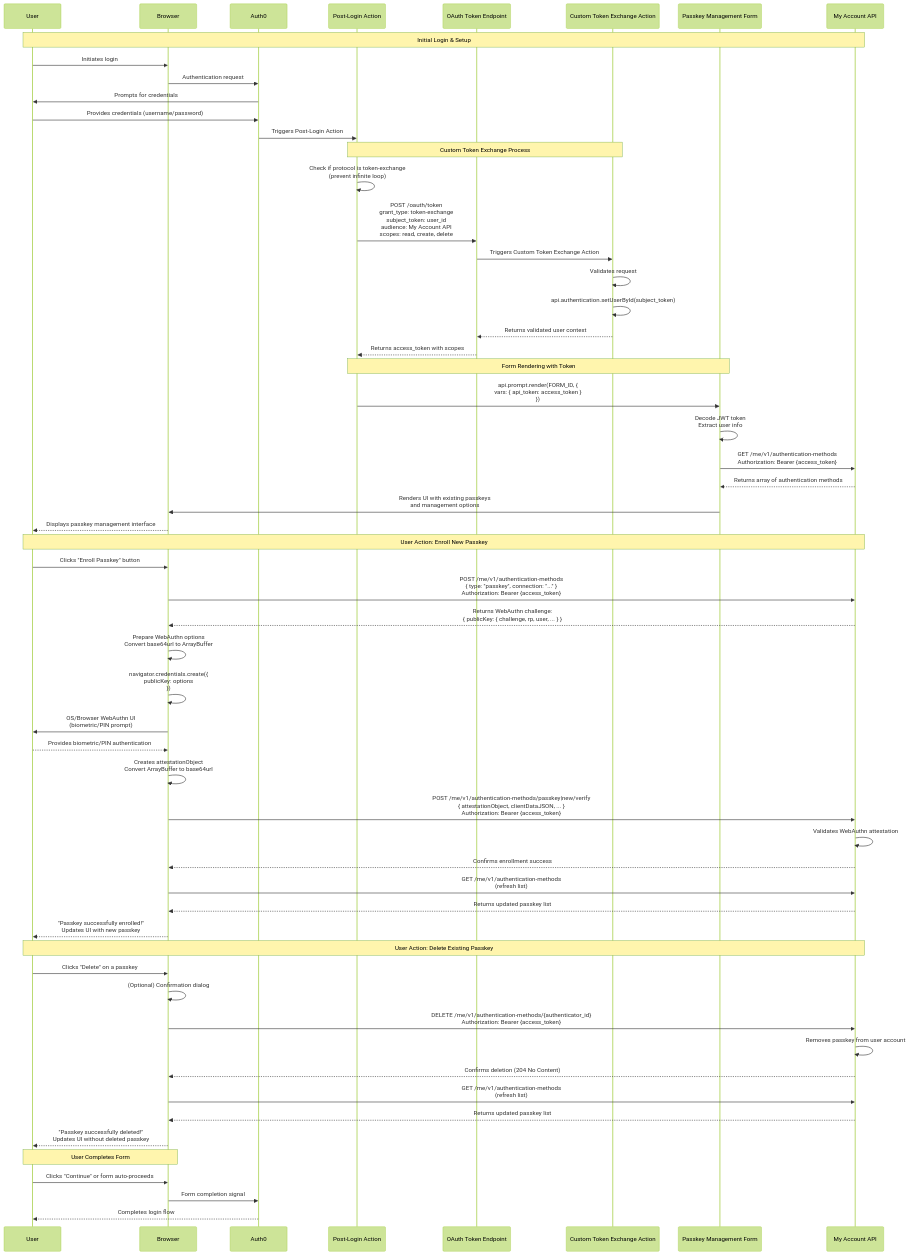
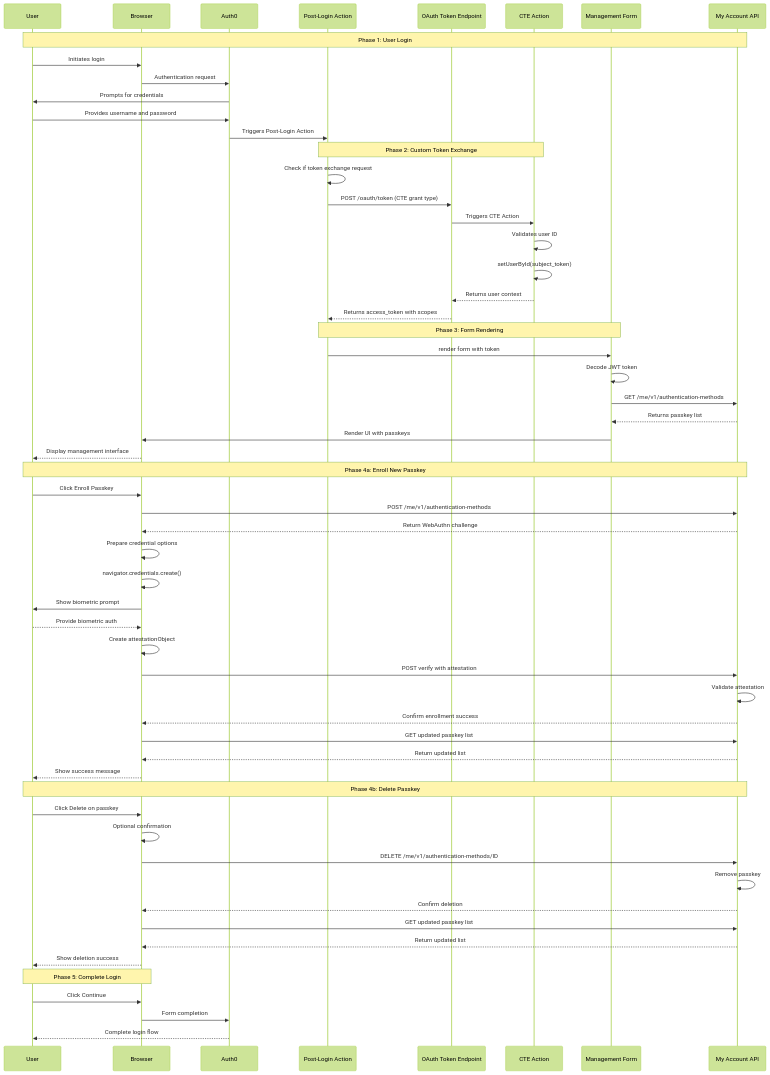
The diagram in README.md (awhitmana0/a0-passkeyforms-demo), drawn with Mermaid (forest theme) before and after one commit. The commit also changed other lines of this file, not shown here.

````diff
--- a/README.md
+++ b/README.md
@@ -967,66 +948,66 @@
 ```mermaid
 sequenceDiagram
     participant User
     participant Browser
     participant Auth0
     participant PostLoginAction as Post-Login Action
     participant OAuthEndpoint as OAuth Token Endpoint
-    participant CTEAction as Custom Token Exchange Action
-    participant ManagementForm as Passkey Management Form
+    participant CTEAction as CTE Action
+    participant ManagementForm as Management Form
     participant MyAccountAPI as My Account API
 
-    Note over User,MyAccountAPI: Initial Login & Setup
+    Note over User,MyAccountAPI: Phase 1: User Login
     User->>Browser: Initiates login
     Browser->>Auth0: Authentication request
     Auth0->>User: Prompts for credentials
-    User->>Auth0: Provides credentials (username/password)
+    User->>Auth0: Provides username and password
     Auth0->>PostLoginAction: Triggers Post-Login Action
 
-    Note over PostLoginAction,CTEAction: Custom Token Exchange Process
-    PostLoginAction->>PostLoginAction: Check if protocol is token-exchange<br/>(prevent infinite loop)
-    PostLoginAction->>OAuthEndpoint: POST /oauth/token<br/>grant_type: token-exchange<br/>subject_token: user_id<br/>audience: My Account API<br/>scopes: read, create, delete
-    OAuthEndpoint->>CTEAction: Triggers Custom Token Exchange Action
-    CTEAction->>CTEAction: Validates request
-    CTEAction->>CTEAction: api.authentication.setUserById(subject_token)
-    CTEAction-->>OAuthEndpoint: Returns validated user context
+    Note over PostLoginAction,CTEAction: Phase 2: Custom Token Exchange
+    PostLoginAction->>PostLoginAction: Check if token exchange request
+    PostLoginAction->>OAuthEndpoint: POST /oauth/token (CTE grant type)
+    OAuthEndpoint->>CTEAction: Triggers CTE Action
+    CTEAction->>CTEAction: Validates user ID
+    CTEAction->>CTEAction: setUserById(subject_token)
+    CTEAction-->>OAuthEndpoint: Returns user context
     OAuthEndpoint-->>PostLoginAction: Returns access_token with scopes
 
-    Note over PostLoginAction,ManagementForm: Form Rendering with Token
-    PostLoginAction->>ManagementForm: api.prompt.render(FORM_ID, {<br/>vars: { api_token: access_token }<br/>})
-    ManagementForm->>ManagementForm: Decode JWT token<br/>Extract user info
-    ManagementForm->>MyAccountAPI: GET /me/v1/authentication-methods<br/>Authorization: Bearer {access_token}
-    MyAccountAPI-->>ManagementForm: Returns array of authentication methods
-    ManagementForm->>Browser: Renders UI with existing passkeys<br/>and management options
-    Browser-->>User: Displays passkey management interface
+    Note over PostLoginAction,ManagementForm: Phase 3: Form Rendering
+    PostLoginAction->>ManagementForm: render form with token
+    ManagementForm->>ManagementForm: Decode JWT token
+    ManagementForm->>MyAccountAPI: GET /me/v1/authentication-methods
+    MyAccountAPI-->>ManagementForm: Returns passkey list
+    ManagementForm->>Browser: Render UI with passkeys
+    Browser-->>User: Display management interface
 
-    Note over User,MyAccountAPI: User Action: Enroll New Passkey
-    User->>Browser: Clicks "Enroll Passkey" button
-    Browser->>MyAccountAPI: POST /me/v1/authentication-methods<br/>{ type: "passkey", connection: "..." }<br/>Authorization: Bearer {access_token}
-    MyAccountAPI-->>Browser: Returns WebAuthn challenge:<br/>{ publicKey: { challenge, rp, user, ... } }
-    Browser->>Browser: Prepare WebAuthn options<br/>Convert base64url to ArrayBuffer
-    Browser->>Browser: navigator.credentials.create({<br/>publicKey: options<br/>})
-    Browser->>User: OS/Browser WebAuthn UI<br/>(biometric/PIN prompt)
-    User-->>Browser: Provides biometric/PIN authentication
-    Browser->>Browser: Creates attestationObject<br/>Convert ArrayBuffer to base64url
-    Browser->>MyAccountAPI: POST /me/v1/authentication-methods/passkey|new/verify<br/>{ attestationObject, clientDataJSON, ... }<br/>Authorization: Bearer {access_token}
-    MyAccountAPI->>MyAccountAPI: Validates WebAuthn attestation
-    MyAccountAPI-->>Browser: Confirms enrollment success
-    Browser->>MyAccountAPI: GET /me/v1/authentication-methods<br/>(refresh list)
-    MyAccountAPI-->>Browser: Returns updated passkey list
-    Browser-->>User: "Passkey successfully enrolled!"<br/>Updates UI with new passkey
+    Note over User,MyAccountAPI: Phase 4a: Enroll New Passkey
+    User->>Browser: Click Enroll Passkey
+    Browser->>MyAccountAPI: POST /me/v1/authentication-methods
+    MyAccountAPI-->>Browser: Return WebAuthn challenge
+    Browser->>Browser: Prepare credential options
+    Browser->>Browser: navigator.credentials.create()
+    Browser->>User: Show biometric prompt
+    User-->>Browser: Provide biometric auth
+    Browser->>Browser: Create attestationObject
+    Browser->>MyAccountAPI: POST verify with attestation
+    MyAccountAPI->>MyAccountAPI: Validate attestation
+    MyAccountAPI-->>Browser: Confirm enrollment success
+    Browser->>MyAccountAPI: GET updated passkey list
+    MyAccountAPI-->>Browser: Return updated list
+    Browser-->>User: Show success message
 
-    Note over User,MyAccountAPI: User Action: Delete Existing Passkey
-    User->>Browser: Clicks "Delete" on a passkey
-    Browser->>Browser: (Optional) Confirmation dialog
-    Browser->>MyAccountAPI: DELETE /me/v1/authentication-methods/{authenticator_id}<br/>Authorization: Bearer {access_token}
-    MyAccountAPI->>MyAccountAPI: Removes passkey from user account
-    MyAccountAPI-->>Browser: Confirms deletion (204 No Content)
-    Browser->>MyAccountAPI: GET /me/v1/authentication-methods<br/>(refresh list)
-    MyAccountAPI-->>Browser: Returns updated passkey list
-    Browser-->>User: "Passkey successfully deleted!"<br/>Updates UI without deleted passkey
+    Note over User,MyAccountAPI: Phase 4b: Delete Passkey
+    User->>Browser: Click Delete on passkey
+    Browser->>Browser: Optional confirmation
+    Browser->>MyAccountAPI: DELETE /me/v1/authentication-methods/ID
+    MyAccountAPI->>MyAccountAPI: Remove passkey
+    MyAccountAPI-->>Browser: Confirm deletion
+    Browser->>MyAccountAPI: GET updated passkey list
+    MyAccountAPI-->>Browser: Return updated list
+    Browser-->>User: Show deletion success
 
-    Note over User,Browser: User Completes Form
-    User->>Browser: Clicks "Continue" or form auto-proceeds
-    Browser->>Auth0: Form completion signal
-    Auth0-->>User: Completes login flow
+    Note over User,Browser: Phase 5: Complete Login
+    User->>Browser: Click Continue
+    Browser->>Auth0: Form completion
+    Auth0-->>User: Complete login flow
 ```
````
